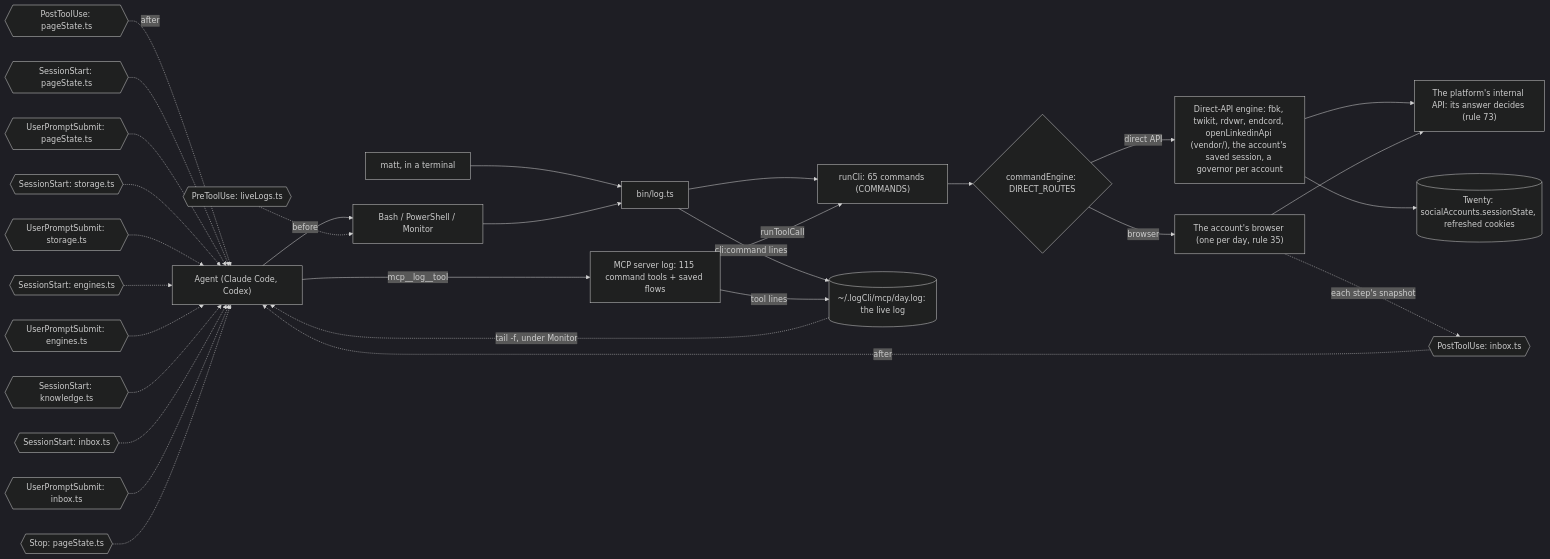
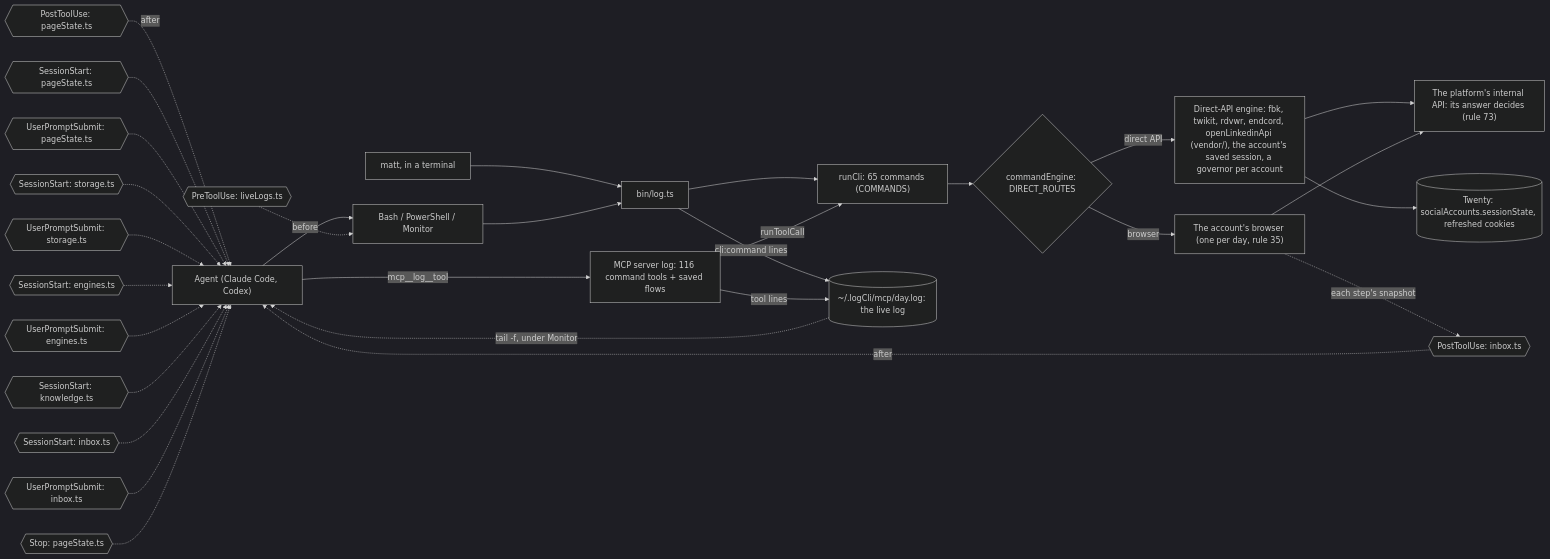
One commit to matthewdonsemail-lab/log changed the diagram in docs/diagrams/surface.mmd. Above: the diagram before and after it, drawn with Mermaid (dark theme). The commit also changed 13 other files, not shown here.

```diff
--- a/docs/diagrams/surface.mmd
+++ b/docs/diagrams/surface.mmd
@@ -1,44 +1,44 @@
 %% How a call reaches log-cli. From a shell or over MCP, both run the same commands through `runCli`, write the same live log, and pass through the same hooks. `commandEngine` sends each command to the platform's direct API or to the account's browser.
 %% Written by `bun run docs:build` from the code (rule 56). Not edited by hand.
 flowchart LR
   agent["Agent (Claude Code, Codex)"]
   matt["matt, in a terminal"]
   shell["Bash / PowerShell / Monitor"]
-  mcp["MCP server log: 115 command tools + saved flows"]
+  mcp["MCP server log: 116 command tools + saved flows"]
   bin["bin/log.ts"]
   runCli["runCli: 65 commands (COMMANDS)"]
   live[("~/.logCli/mcp/day.log: the live log")]
   engine{"commandEngine: DIRECT_ROUTES"}
   direct["Direct-API engine: fbk, twikit, rdvwr, endcord, openLinkedinApi (vendor/), the account's saved session, a governor per account"]
   browser["The account's browser (one per day, rule 35)"]
   api["The platform's internal API: its answer decides (rule 73)"]
   twenty[("Twenty: socialAccounts.sessionState, refreshed cookies")]
   agent --> shell
   matt --> bin
   shell --> bin
   agent -->|mcp__log__tool| mcp
   bin --> runCli
   mcp -->|runToolCall| runCli
   runCli --> engine
   engine -->|direct API| direct
   engine -->|browser| browser
   direct --> api
   browser --> api
   direct --> twenty
   bin -->|cli:command lines| live
   mcp -->|tool lines| live
   live -.->|tail -f, under Monitor| agent
   pre0{{"PreToolUse: liveLogs.ts"}} -.->|before| shell
   post0{{"PostToolUse: inbox.ts"}} -.->|after| agent
   post1{{"PostToolUse: pageState.ts"}} -.->|after| agent
   turn0{{"SessionStart: pageState.ts"}} -.-> agent
   turn1{{"UserPromptSubmit: pageState.ts"}} -.-> agent
   turn2{{"SessionStart: storage.ts"}} -.-> agent
   turn3{{"UserPromptSubmit: storage.ts"}} -.-> agent
   turn4{{"SessionStart: engines.ts"}} -.-> agent
   turn5{{"UserPromptSubmit: engines.ts"}} -.-> agent
   turn6{{"SessionStart: knowledge.ts"}} -.-> agent
   turn7{{"SessionStart: inbox.ts"}} -.-> agent
   turn8{{"UserPromptSubmit: inbox.ts"}} -.-> agent
   turn9{{"Stop: pageState.ts"}} -.-> agent
   browser -.->|each step's snapshot| post0
```
